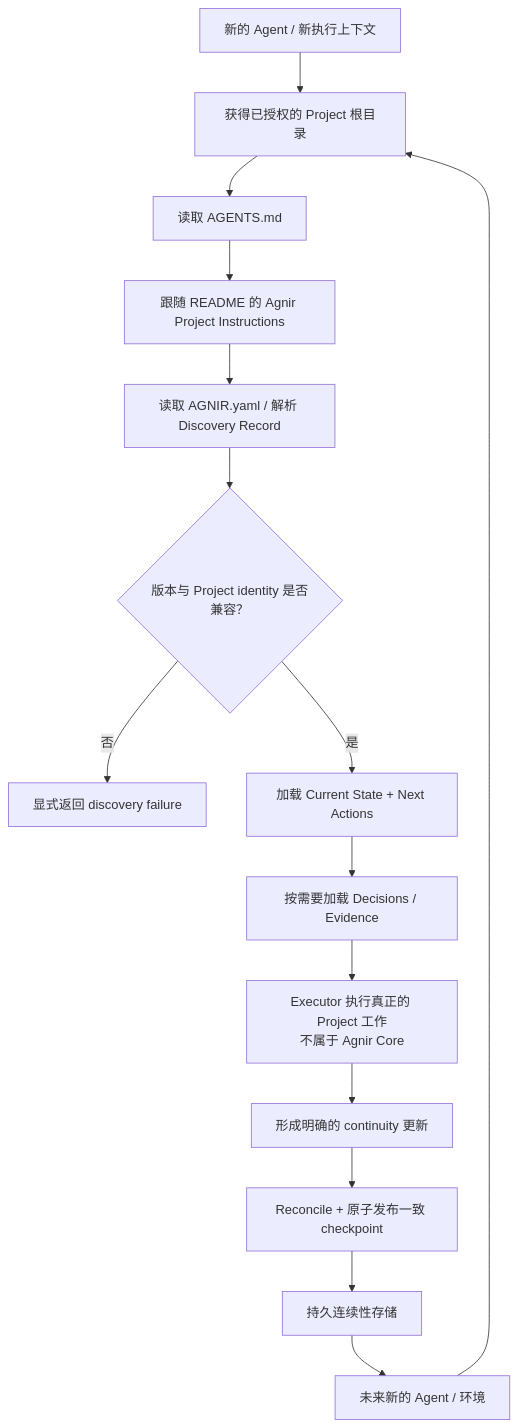
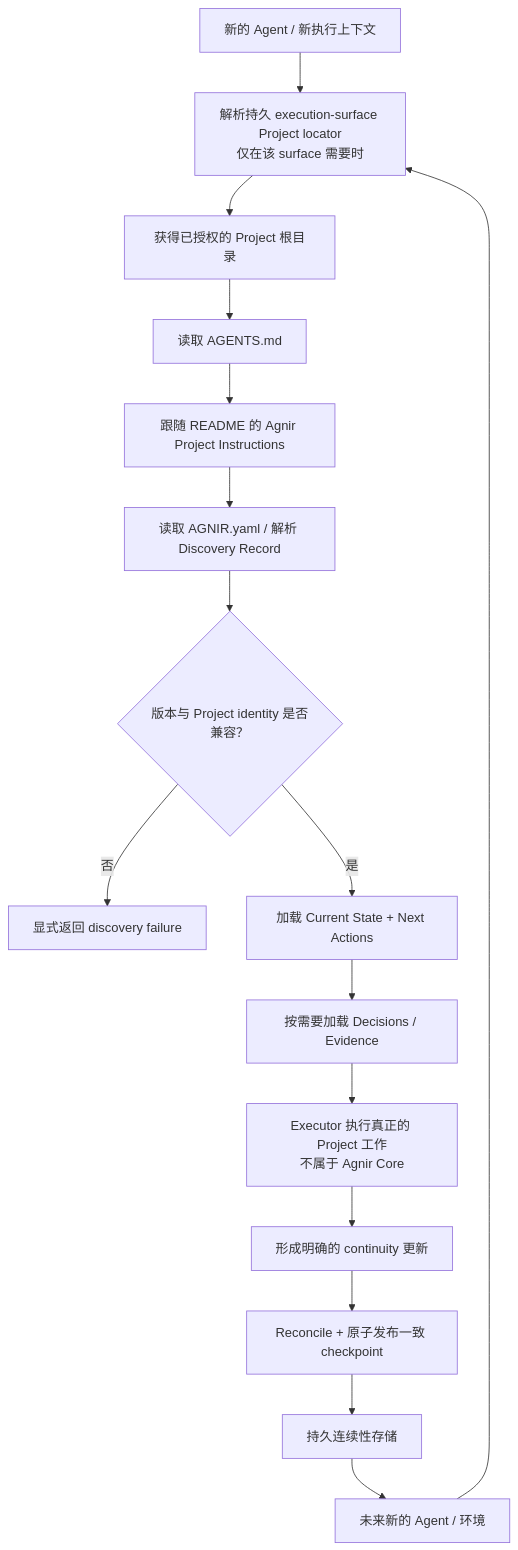
Before and after one commit to iorLab/agnir: the second of 2 diagrams in README.zh-CN.md, drawn with Mermaid. The commit also changed other lines of this file and 2 other files, not shown here.

Commit message:
docs: explain execution-surface activation handoff

````diff
--- a/README.zh-CN.md
+++ b/README.zh-CN.md
@@ -136,17 +144,18 @@
 ```mermaid
 flowchart TD
-    C["新的 Agent / 新执行上下文"] --> P["获得已授权的 Project 根目录"]
+    C["新的 Agent / 新执行上下文"] --> X["解析持久 execution-surface Project locator<br/>仅在该 surface 需要时"]
+    X --> P["获得已授权的 Project 根目录"]
     P --> A["读取 AGENTS.md"]
     A --> I["跟随 README 的 Agnir Project Instructions"]
     I --> R["读取 AGNIR.yaml / 解析 Discovery Record"]
     R --> V{"版本与 Project identity 是否兼容？"}
     V -- "否" --> F["显式返回 discovery failure"]
     V -- "是" --> L["加载 Current State + Next Actions"]
     L --> Q["按需要加载 Decisions / Evidence"]
     Q --> W["Executor 执行真正的 Project 工作<br/>不属于 Agnir Core"]
     W --> U["形成明确的 continuity 更新"]
     U --> K["Reconcile + 原子发布一致 checkpoint"]
     K --> S["持久连续性存储"]
     S --> N["未来新的 Agent / 环境"]
-    N --> P
+    N --> X
 ```
````
